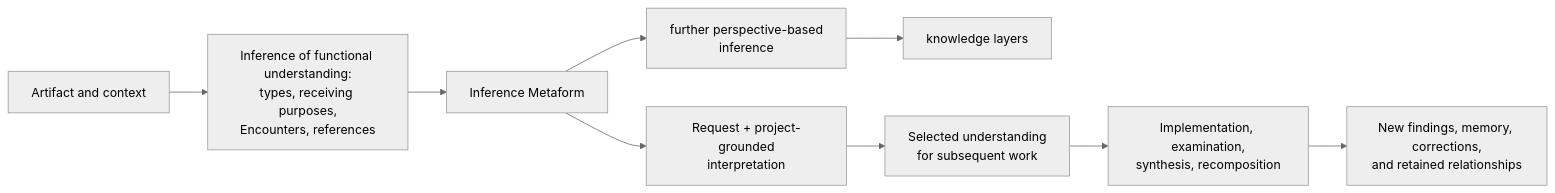
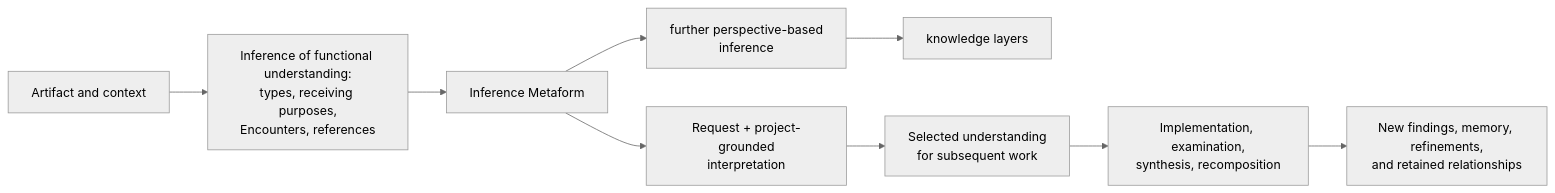
Before and after one commit to RchGrav/metaform: the first of 3 diagrams in docs/preprint/inference-metaform.md, drawn with Mermaid (neutral theme). The commit also changed other lines of this file and 71 other files, not shown here.

````diff
--- a/docs/preprint/inference-metaform.md
+++ b/docs/preprint/inference-metaform.md
@@ -36,11 +36,11 @@
 ```mermaid
 flowchart LR
     A["Artifact and context"] --> B["Inference of functional understanding:<br/>types, receiving purposes,<br/>Encounters, references"]
     B --> C["Inference Metaform"]
     C --> D["further perspective-based<br/>inference"]
     D --> E["knowledge layers"]
     C --> F["Request + project-grounded<br/>interpretation"]
     F --> G["Selected understanding<br/>for subsequent work"]
     G --> H["Implementation, examination,<br/>synthesis, recomposition"]
-    H --> I["New findings, memory, corrections,<br/>and retained relationships"]
+    H --> I["New findings, memory, refinements,<br/>and retained relationships"]
 ```
````
